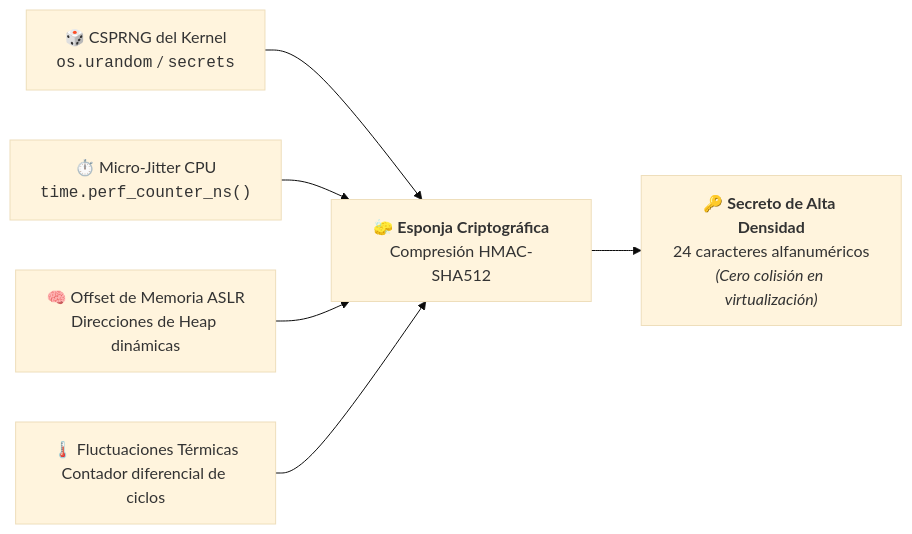
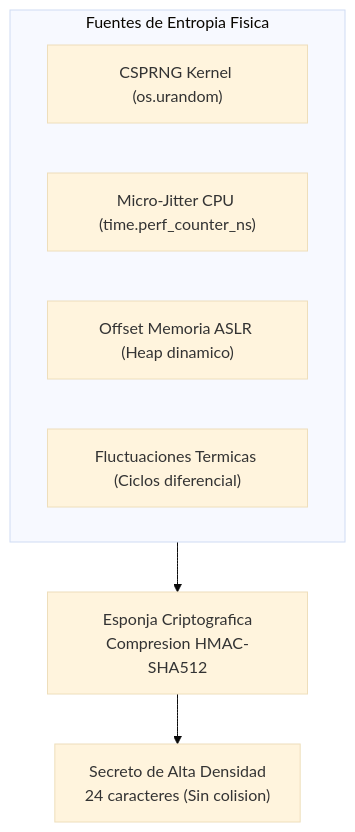
One commit to isora-cloud-group/stratum-hub changed the third of 4 diagrams in ARCHITECTURE.md. Above: the diagram before and after it, drawn with Mermaid (base theme). The commit also changed other lines of this file and 2 other files, not shown here.

Commit message:
docs: optimize diagrams with vertical orientation, concise labels, and decoupled link lists

````diff
--- a/ARCHITECTURE.md
+++ b/ARCHITECTURE.md
@@ -106,9 +106,15 @@
 ```mermaid
-flowchart LR
-    S1["🎲 CSPRNG del Kernel<br/><code>os.urandom</code> / <code>secrets</code>"] --> SPONGE["🧽 <b>Esponja Criptográfica</b><br/>Compresión HMAC-SHA512"]
-    S2["⏱️ Micro-Jitter CPU<br/><code>time.perf_counter_ns()</code>"] --> SPONGE
-    S3["🧠 Offset de Memoria ASLR<br/>Direcciones de Heap dinámicas"] --> SPONGE
-    S4["🌡️ Fluctuaciones Térmicas<br/>Contador diferencial de ciclos"] --> SPONGE
-    
-    SPONGE --> OUT["🔑 <b>Secreto de Alta Densidad</b><br/>24 caracteres alfanuméricos<br/><i>(Cero colisión en virtualización)</i>"]
+flowchart TD
+    subgraph Fuentes ["Fuentes de Entropia Fisica"]
+        S1["CSPRNG Kernel (os.urandom)"]
+        S2["Micro-Jitter CPU (time.perf_counter_ns)"]
+        S3["Offset Memoria ASLR (Heap dinamico)"]
+        S4["Fluctuaciones Termicas (Ciclos diferencial)"]
+    end
+
+    SPONGE["Esponja Criptografica<br/>Compresion HMAC-SHA512"]
+    OUT["Secreto de Alta Densidad<br/>24 caracteres (Sin colision)"]
+
+    Fuentes --> SPONGE
+    SPONGE --> OUT
 ```
````
